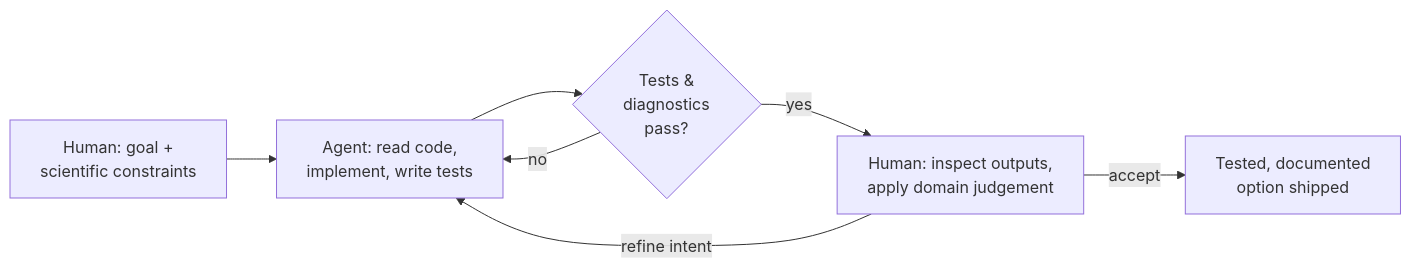
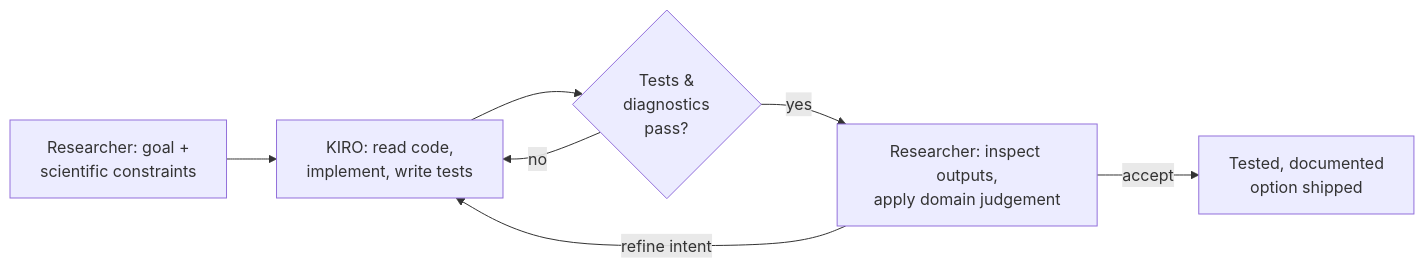
One commit to TBreure/DayCent_emulator changed the second of 5 diagrams in flowcharts.md. Above: the diagram before and after it, drawn with Mermaid. The commit also changed other lines of this file, not shown here.

````diff
--- a/flowcharts.md
+++ b/flowcharts.md
@@ -34,9 +34,9 @@
 ```mermaid
 flowchart LR
-    H1["Human: goal +<br/>scientific constraints"] --> AG["Agent: read code,<br/>implement, write tests"]
+    H1["Researcher: goal +<br/>scientific constraints"] --> AG["KIRO: read code,<br/>implement, write tests"]
     AG --> V{"Tests &<br/>diagnostics<br/>pass?"}
     V -- no --> AG
-    V -- yes --> H2["Human: inspect outputs,<br/>apply domain judgement"]
+    V -- yes --> H2["Researcher: inspect outputs,<br/>apply domain judgement"]
     H2 -- "refine intent" --> AG
     H2 -- "accept" --> DONE["Tested, documented<br/>option shipped"]
 ```
````
